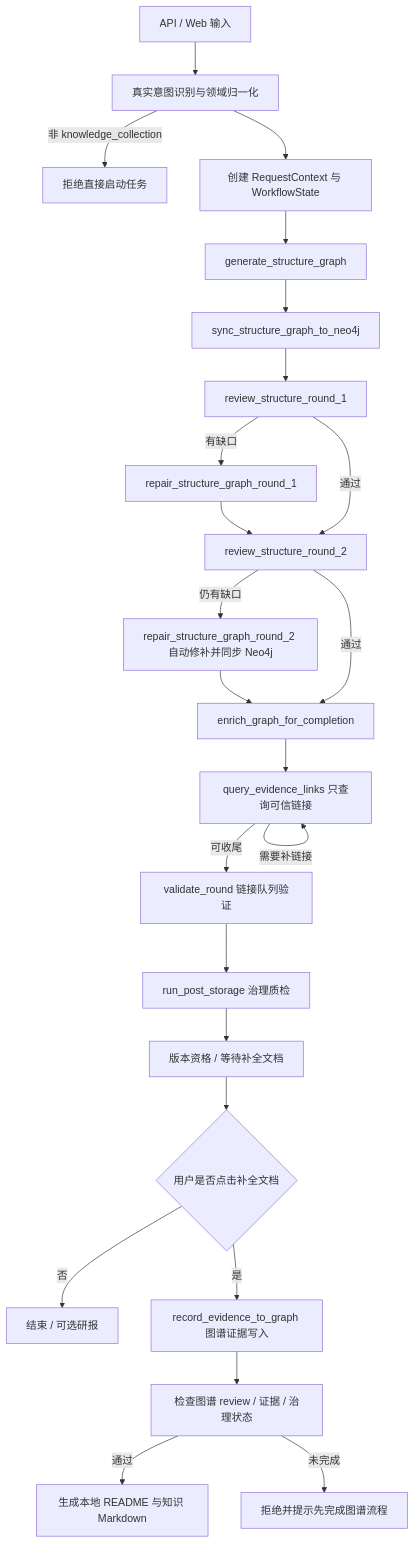
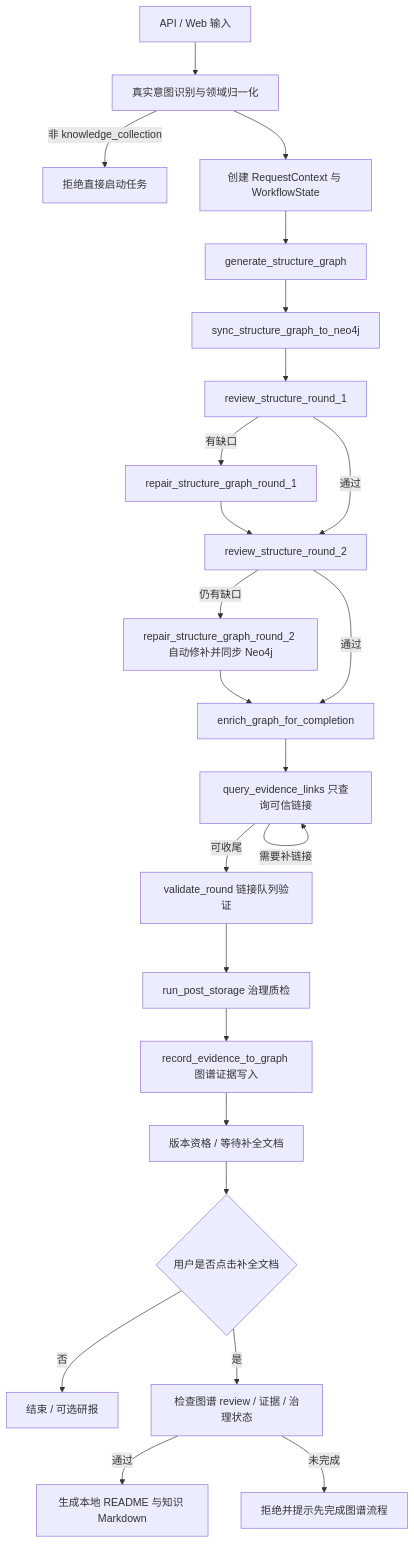
Before and after one commit to crabin/knowledgeforge: the diagram in docs/流程执行文档.md, drawn with Mermaid. The commit also changed other lines of this file and 9 other files, not shown here.

Commit message:
fix: require graph evidence write step

````diff
--- a/docs/流程执行文档.md
+++ b/docs/流程执行文档.md
@@ -11,26 +11,26 @@
 ```mermaid
 flowchart TD
     A[API / Web 输入] --> B[真实意图识别与领域归一化]
     B -->|非 knowledge_collection| X[拒绝直接启动任务]
     B --> C[创建 RequestContext 与 WorkflowState]
     C --> D[generate_structure_graph]
     D --> E[sync_structure_graph_to_neo4j]
     E --> F[review_structure_round_1]
     F -->|有缺口| G[repair_structure_graph_round_1]
     G --> H[review_structure_round_2]
     F -->|通过| H
     H -->|仍有缺口| S[repair_structure_graph_round_2 自动修补并同步 Neo4j]
     S --> I
     H -->|通过| I[enrich_graph_for_completion]
     I --> J[query_evidence_links 只查询可信链接]
     J -->|需要补链接| J
     J -->|可收尾| L[validate_round 链接队列验证]
     L --> M[run_post_storage 治理质检]
-    M --> P[版本资格 / 等待补全文档]
+    M --> K[record_evidence_to_graph 图谱证据写入]
+    K --> P[版本资格 / 等待补全文档]
     P --> Q{用户是否点击补全文档}
     Q -->|否| R[结束 / 可选研报]
-    Q -->|是| K[record_evidence_to_graph 图谱证据写入]
-    K --> T[检查图谱 review / 证据 / 治理状态]
+    Q -->|是| T[检查图谱 review / 证据 / 治理状态]
     T -->|通过| U[生成本地 README 与知识 Markdown]
     T -->|未完成| V[拒绝并提示先完成图谱流程]
 ```
````
